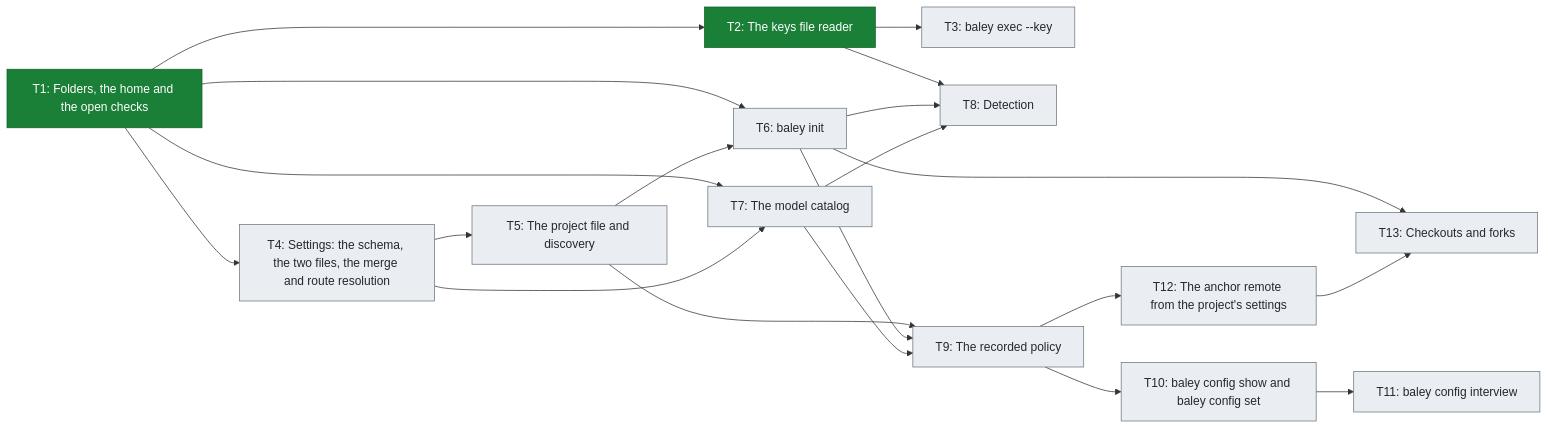
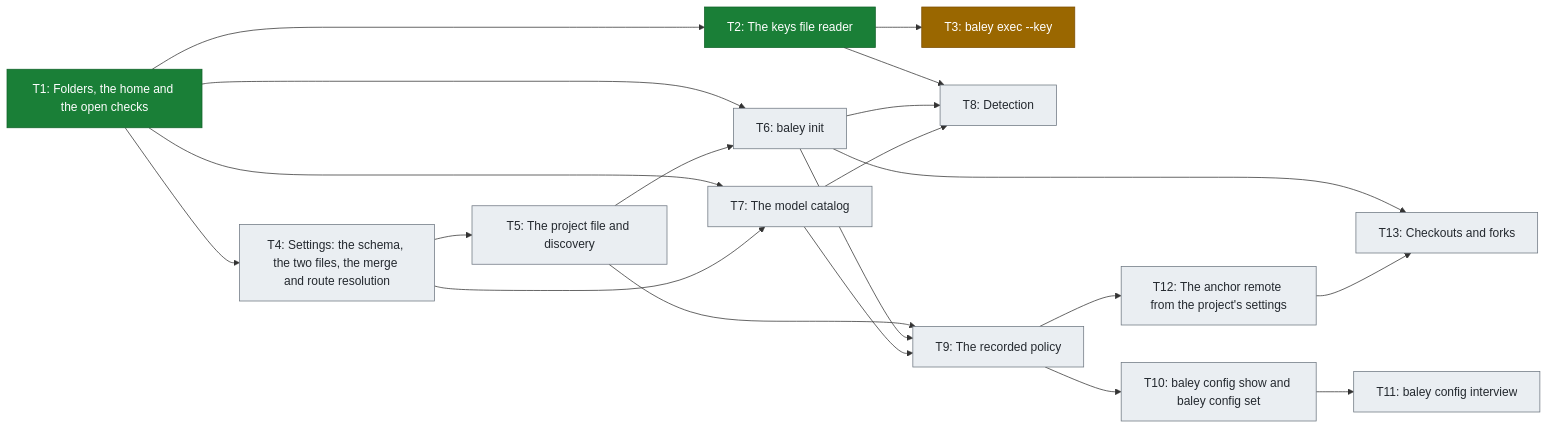
The third of 3 diagrams in docs/roadmap.md (crenshawdev/baley), drawn with Mermaid before and after one commit. The commit also changed other lines of this file and 2 other files, not shown here.

Commit message:
docs(design): describe the built exec command and advance task three
Build 2, task 3 (#23).
Specify stream buffering, launch refusals and forwarding failure exits.
Narrow host deadlines to Baley's own work and retain the Build 5 handoff.
Correct command coverage and keep inherited provider calls with Build 4.
Mark T3 in progress while preserving the later Build 2 tasks.

````diff
--- a/docs/roadmap.md
+++ b/docs/roadmap.md
@@ -100,41 +100,43 @@
 ```mermaid
 flowchart LR
     T1["T1: Folders, the home and the open checks"]
     T2["T2: The keys file reader"]
     T3["T3: baley exec --key"]
     T4["T4: Settings: the schema, the two files, the merge and route resolution"]
     T5["T5: The project file and discovery"]
     T6["T6: baley init"]
     T7["T7: The model catalog"]
     T8["T8: Detection"]
     T9["T9: The recorded policy"]
     T10["T10: baley config show and baley config set"]
     T11["T11: baley config interview"]
     T12["T12: The anchor remote from the project's settings"]
     T13["T13: Checkouts and forks"]
 
     T1 --> T2
     T1 --> T4
     T1 --> T6
     T1 --> T7
     T2 --> T3
     T2 --> T8
     T4 --> T5
     T4 --> T7
     T5 --> T6
     T5 --> T9
     T6 --> T8
     T6 --> T9
     T6 --> T13
     T7 --> T8
     T7 --> T9
     T9 --> T10
     T9 --> T12
     T10 --> T11
     T12 --> T13
 
     classDef done fill:#1a7f37,stroke:#116329,color:#ffffff
     classDef planned fill:#eaeef2,stroke:#6e7781,color:#24292f
+    classDef progress fill:#9a6700,stroke:#7d4e00,color:#ffffff
     class T1,T2 done
-    class T3,T4,T5,T6,T7,T8,T9,T10,T11,T12,T13 planned
+    class T3 progress
+    class T4,T5,T6,T7,T8,T9,T10,T11,T12,T13 planned
 ```
````
